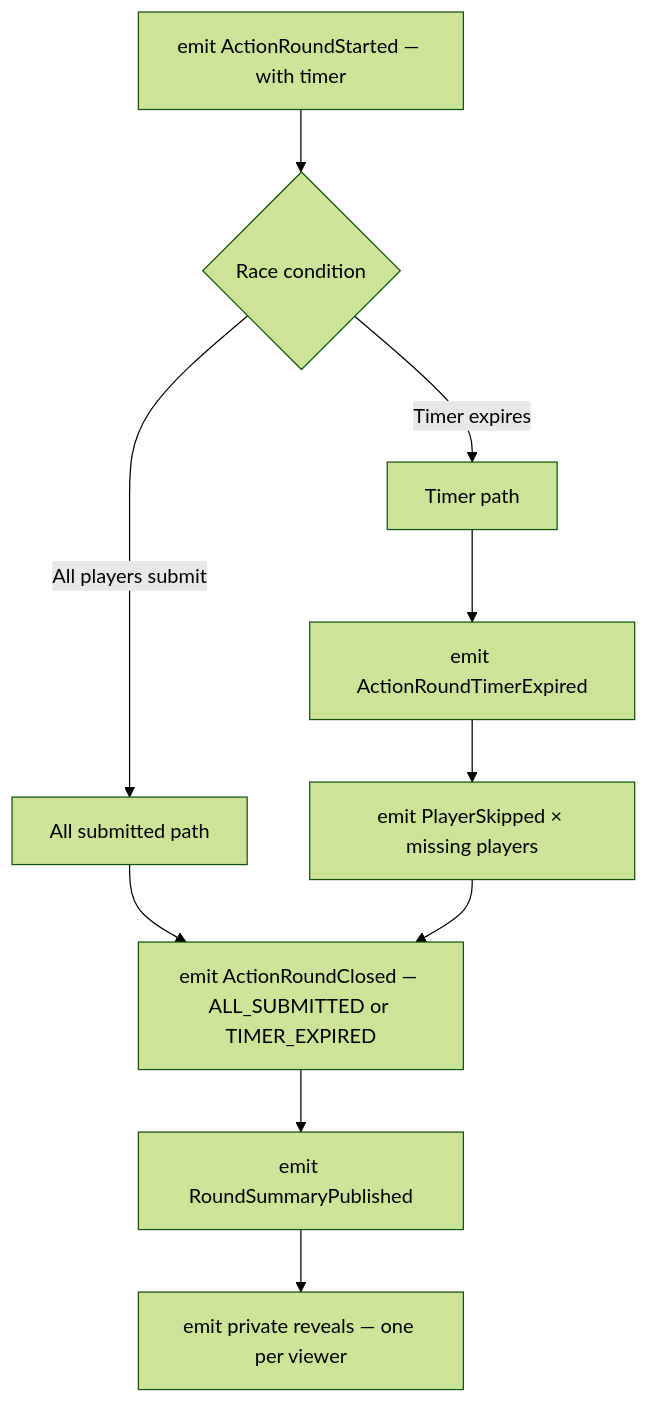
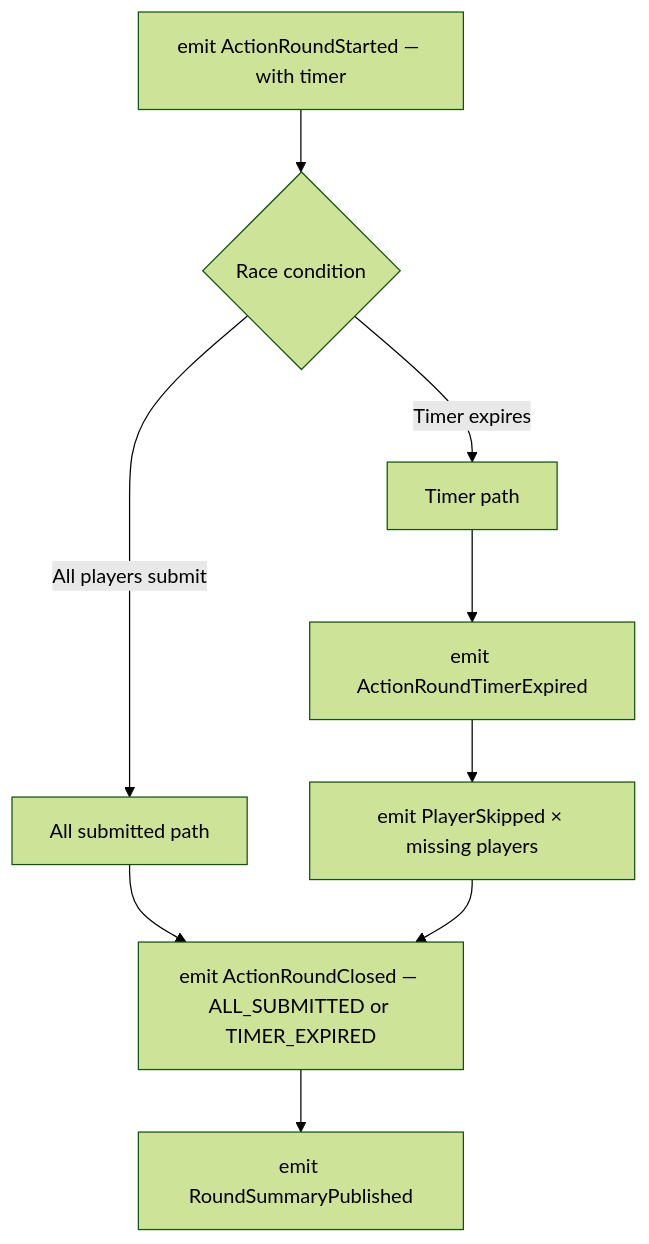
The diagram in sagas/action-round.mdx (temporal-rift/docs), drawn with Mermaid (forest theme) before and after one commit. The commit also changed other lines of this file and 5 other files, not shown here.

First line of the commit message:
docs: address review feedback on private reveals, Mimic, and reconnect

````diff
--- a/sagas/action-round.mdx
+++ b/sagas/action-round.mdx
@@ -12,12 +12,11 @@
 ```mermaid
 flowchart TD
   A[emit ActionRoundStarted — with timer] --> B{Race condition}
   B -->|All players submit| C[All submitted path]
   B -->|Timer expires| D[Timer path]
   D --> E[emit ActionRoundTimerExpired]
   E --> F[emit PlayerSkipped × missing players]
   C --> G[emit ActionRoundClosed — ALL_SUBMITTED or TIMER_EXPIRED]
   F --> G
   G --> H[emit RoundSummaryPublished]
-  H --> I[emit private reveals — one per viewer]
 ```
````
